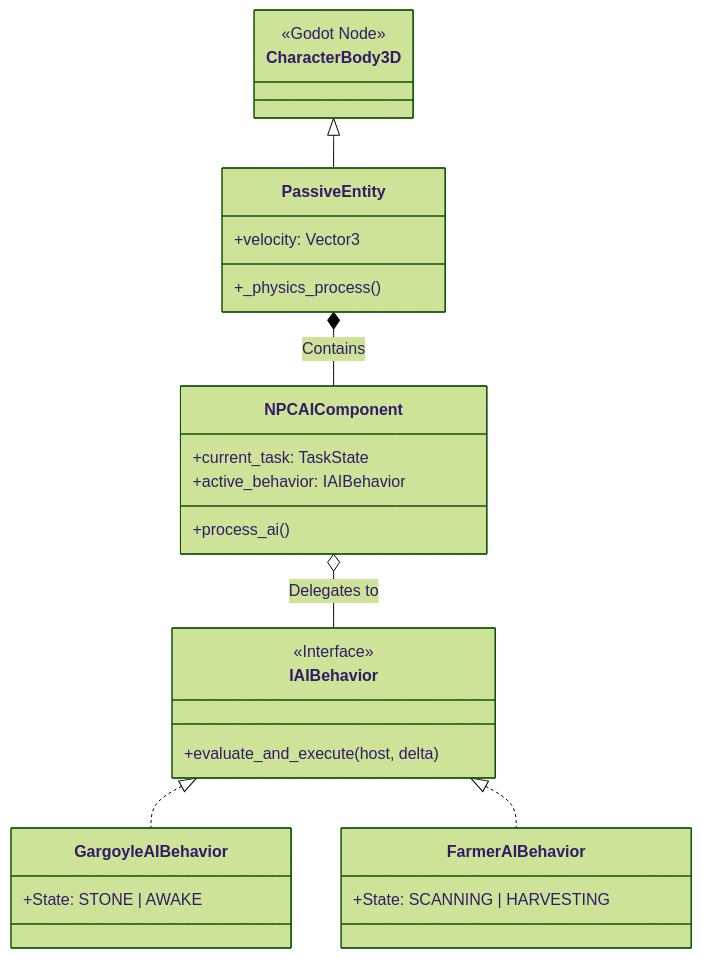
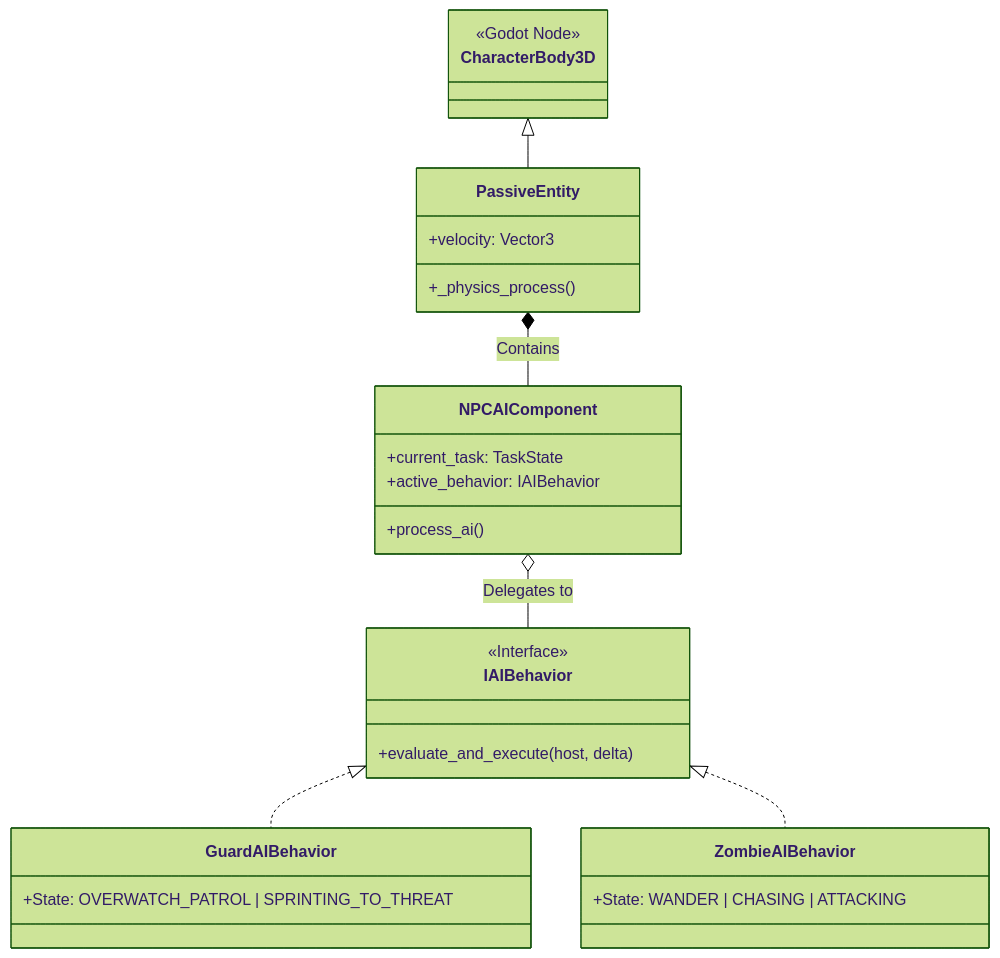
The fourth of 6 diagrams in README.md (enriquegonzalezgutierrez/CraftDomain), drawn with Mermaid (forest theme) before and after one commit. The commit also changed other lines of this file and 18 other files, not shown here.

````diff
--- a/README.md
+++ b/README.md
@@ -84,31 +127,31 @@
 ```mermaid
 classDiagram
 	class CharacterBody3D {
 		<<Godot Node>>
 	}
 	class PassiveEntity {
 		+velocity: Vector3
 		+_physics_process()
 	}
 	class NPCAIComponent {
 		+current_task: TaskState
 		+active_behavior: IAIBehavior
 		+process_ai()
 	}
 	class IAIBehavior {
 		<<Interface>>
 		+evaluate_and_execute(host, delta)
 	}
-	class GargoyleAIBehavior {
-		+State: STONE | AWAKE
+	class GuardAIBehavior {
+		+State: OVERWATCH_PATROL | SPRINTING_TO_THREAT
 	}
-	class FarmerAIBehavior {
-		+State: SCANNING | HARVESTING
+	class ZombieAIBehavior {
+		+State: WANDER | CHASING | ATTACKING
 	}
 
 	CharacterBody3D <|-- PassiveEntity
 	PassiveEntity *-- NPCAIComponent : Contains
 	NPCAIComponent o-- IAIBehavior : Delegates to
-	IAIBehavior <|.. GargoyleAIBehavior
-	IAIBehavior <|.. FarmerAIBehavior
+	IAIBehavior <|.. GuardAIBehavior
+	IAIBehavior <|.. ZombieAIBehavior
 ```
````
